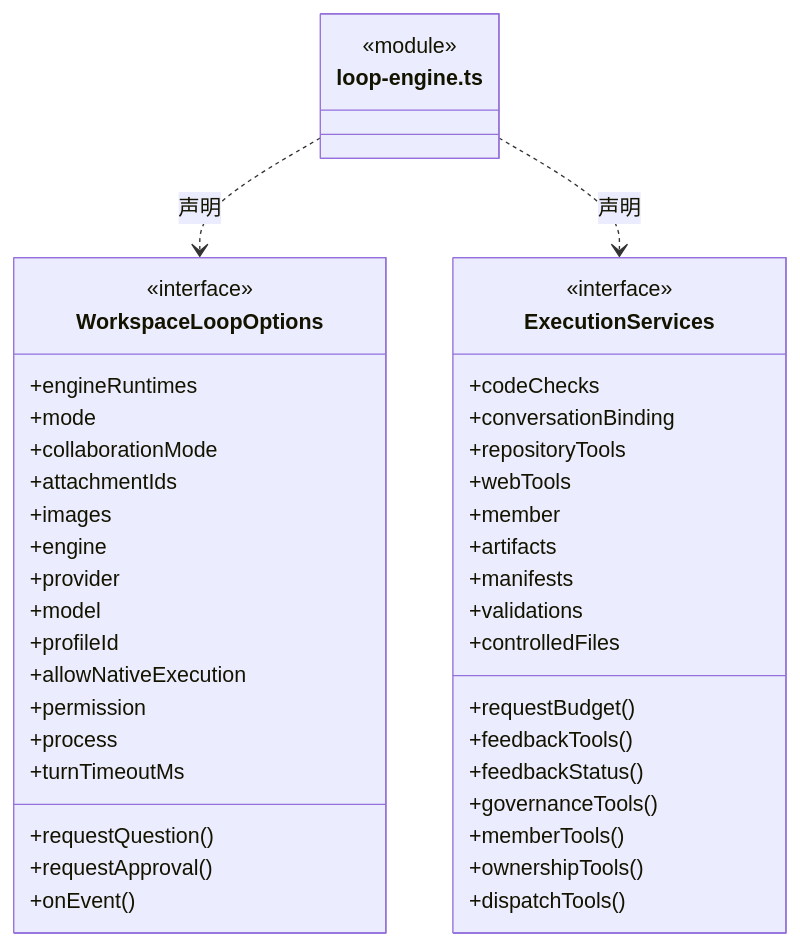
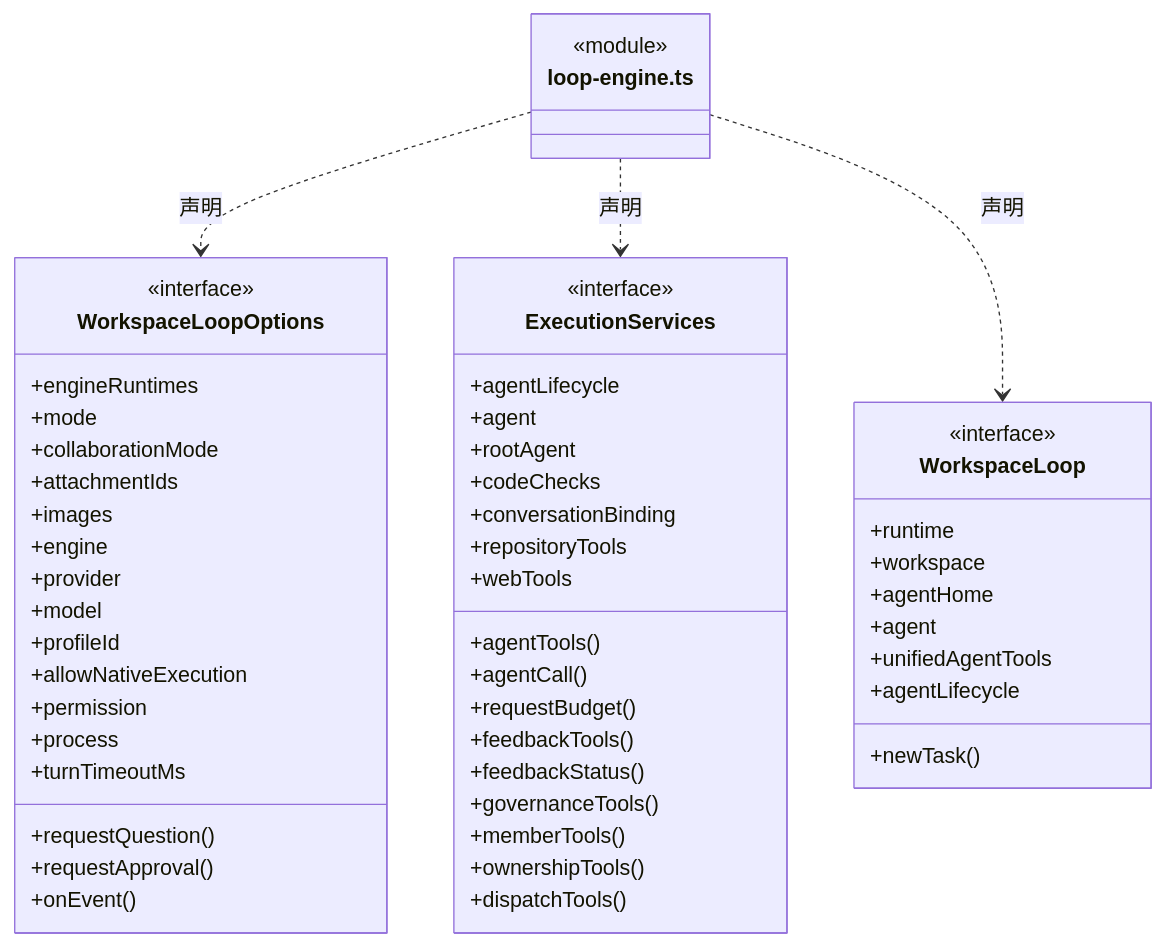
One commit to nan023062/cbim changed the second of 3 diagrams in src/logic/execution/assembly/ARCHITECTURE.md. Above: the diagram before and after it, drawn with Mermaid. The commit also changed other lines of this file and 87 other files, not shown here.

Commit message:
feat: encapsulate recursive agent execution and unified conversation (#94)

````diff
--- a/src/logic/execution/assembly/ARCHITECTURE.md
+++ b/src/logic/execution/assembly/ARCHITECTURE.md
@@ -29,46 +29,57 @@
 ```mermaid
 classDiagram
 class N_src_logic_execution_assembly_loop_engine_ts["loop-engine.ts"] {
   <<module>>
 }
 class N_src_logic_execution_assembly_loop_engine_ts_WorkspaceLoopOptions["WorkspaceLoopOptions"] {
   <<interface>>
   +engineRuntimes
   +mode
   +collaborationMode
   +attachmentIds
   +images
   +engine
   +provider
   +model
   +profileId
   +allowNativeExecution
   +permission
   +requestQuestion()
   +requestApproval()
   +process
   +turnTimeoutMs
   +onEvent()
 }
 N_src_logic_execution_assembly_loop_engine_ts ..> N_src_logic_execution_assembly_loop_engine_ts_WorkspaceLoopOptions : 声明
 class N_src_logic_execution_assembly_loop_engine_ts_ExecutionServices["ExecutionServices"] {
   <<interface>>
+  +agentLifecycle
+  +agent
+  +rootAgent
+  +agentTools()
+  +agentCall()
   +codeChecks
   +requestBudget()
   +conversationBinding
   +repositoryTools
   +webTools
   +feedbackTools()
   +feedbackStatus()
   +governanceTools()
   +memberTools()
   +ownershipTools()
   +dispatchTools()
-  +member
-  +artifacts
-  +manifests
-  +validations
-  +controlledFiles
 }
 N_src_logic_execution_assembly_loop_engine_ts ..> N_src_logic_execution_assembly_loop_engine_ts_ExecutionServices : 声明
+class N_src_logic_execution_assembly_loop_engine_ts_WorkspaceLoop["WorkspaceLoop"] {
+  <<interface>>
+  +runtime
+  +workspace
+  +agentHome
+  +agent
+  +unifiedAgentTools
+  +agentLifecycle
+  +newTask()
+}
+N_src_logic_execution_assembly_loop_engine_ts ..> N_src_logic_execution_assembly_loop_engine_ts_WorkspaceLoop : 声明
 ```
````
